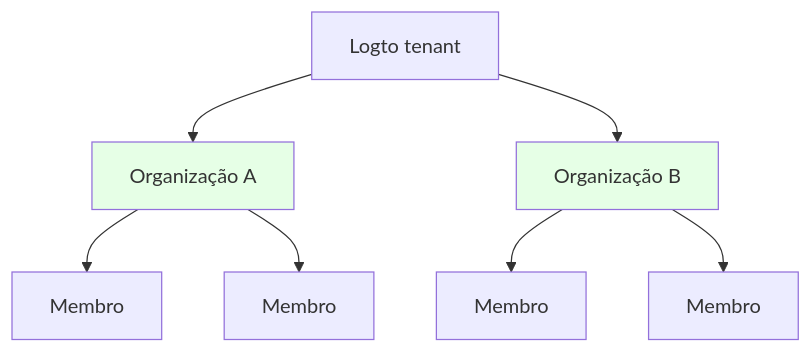
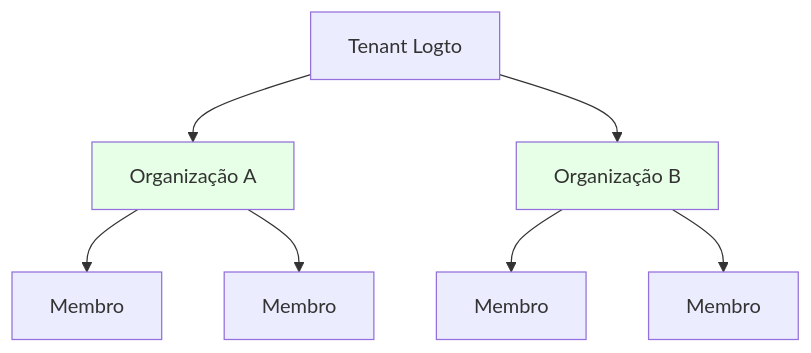
Before and after one commit to logto-io/docs: the sixth of 7 diagrams in i18n/pt-BR/docusaurus-plugin-content-docs/current/use-cases/multi-tenancy/build-multi-tenant-saas-application.mdx, drawn with Mermaid. The commit also changed other lines of this file and 74 other files, not shown here.

````diff
--- a/i18n/pt-BR/docusaurus-plugin-content-docs/current/use-cases/multi-tenancy/build-multi-tenant-saas-application.mdx
+++ b/i18n/pt-BR/docusaurus-plugin-content-docs/current/use-cases/multi-tenancy/build-multi-tenant-saas-application.mdx
@@ -457,13 +457,13 @@
 ```mermaid
 graph TD
-    T[Logto tenant] --> OrgA[Organização A]
+    T[Tenant Logto] --> OrgA[Organização A]
     T --> OrgB[Organização B]
     OrgA --> MA1[Membro]
     OrgA --> MA2[Membro]
     OrgB --> MB1[Membro]
     OrgB --> MB2[Membro]
 
     style OrgA fill:#e6ffe6
     style OrgB fill:#e6ffe6
 
 ```
````
